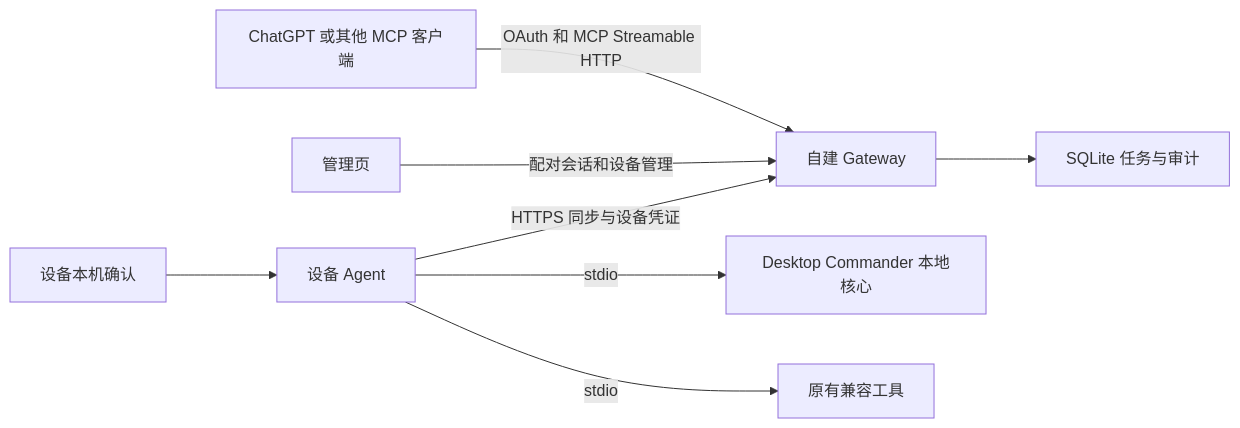
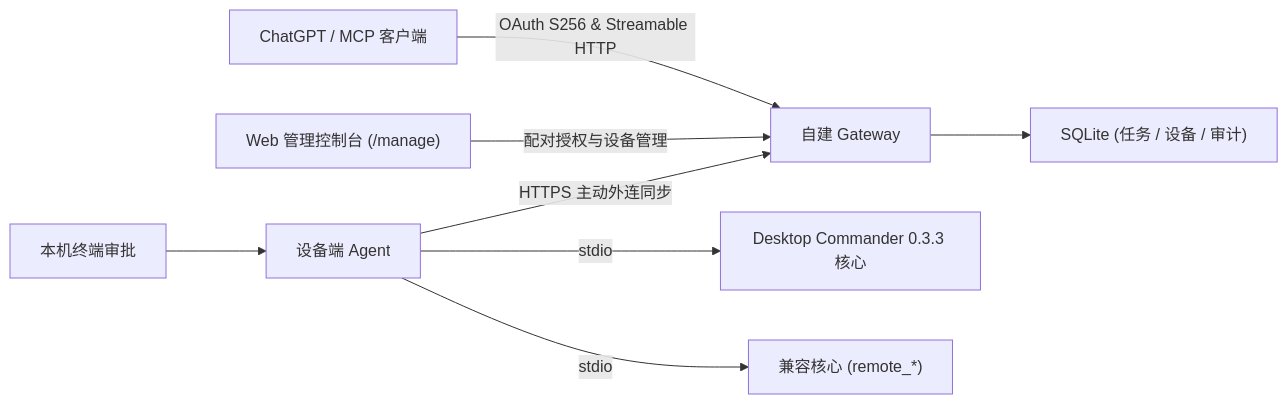
The diagram in docs/architecture.md (91270/Remote.Command), drawn with Mermaid before and after one commit. The commit also changed other lines of this file and 2 other files, not shown here.

````diff
--- a/docs/architecture.md
+++ b/docs/architecture.md
@@ -7,10 +9,10 @@
 ```mermaid
 flowchart LR
-    User[ChatGPT 或其他 MCP 客户端] -->|OAuth 和 MCP Streamable HTTP| Gateway[自建 Gateway]
-    Owner[管理页] -->|配对会话和设备管理| Gateway
-    Agent[设备 Agent] -->|HTTPS 同步与设备凭证| Gateway
-    Gateway --> Storage[SQLite 任务与审计]
-    Agent -->|stdio| Core[Desktop Commander 本地核心]
-    Agent -->|stdio| Compat[原有兼容工具]
-    Operator[设备本机确认] --> Agent
+    User["ChatGPT / MCP 客户端"] -->|OAuth S256 & Streamable HTTP| Gateway["自建 Gateway"]
+    Owner["Web 管理控制台 (/manage)"] -->|配对授权与设备管理| Gateway
+    Agent["设备端 Agent"] -->|HTTPS 主动外连同步| Gateway
+    Gateway --> Storage["SQLite (任务 / 设备 / 审计)"]
+    Agent -->|stdio| Core["Desktop Commander 0.3.3 核心"]
+    Agent -->|stdio| Compat["兼容核心 (remote_*)"]
+    Operator["本机终端审批"] --> Agent
 ```
````
